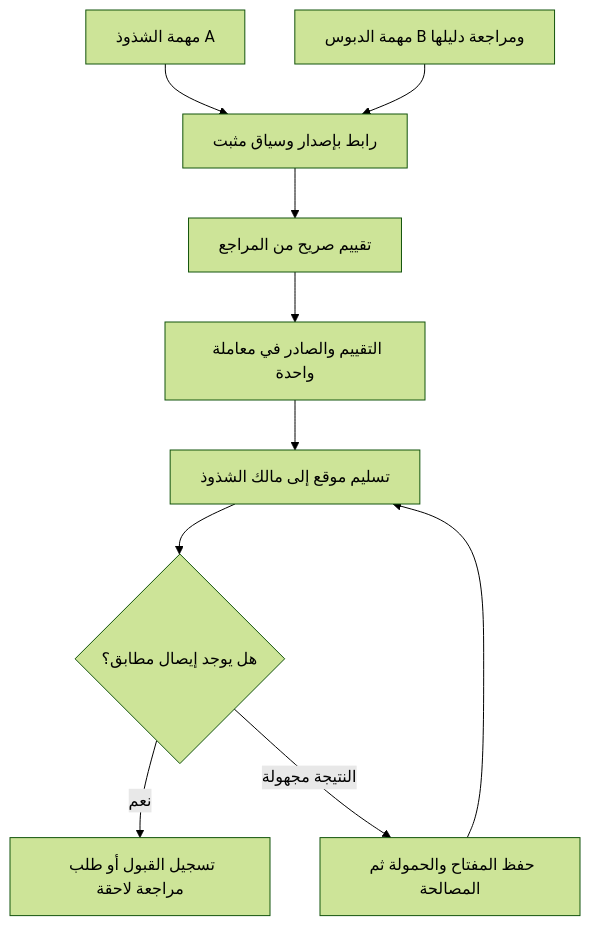
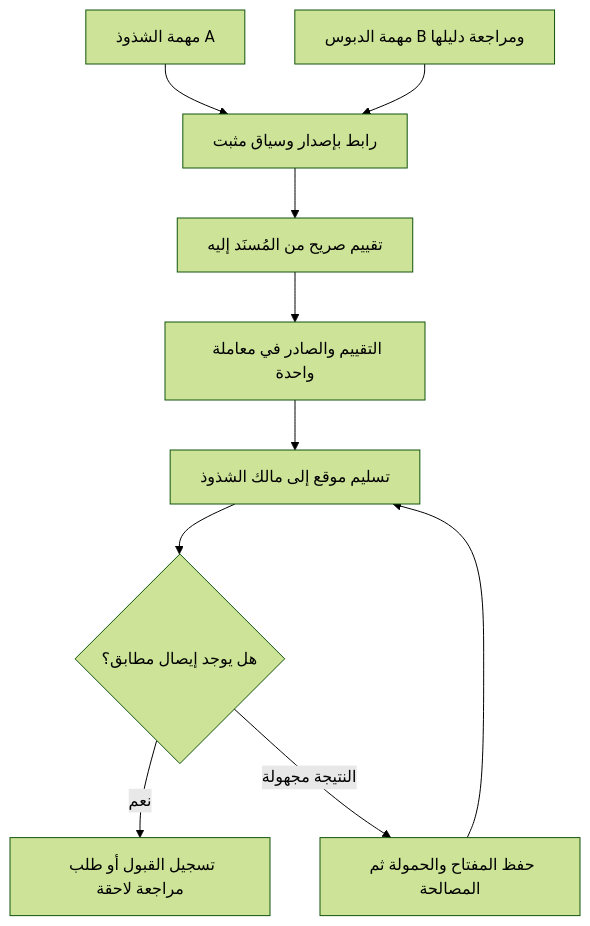
Before and after one commit to kafaat/ai_platform_complete_v2.0.0_enhanced: the diagram in docs/specs/SCOUTING_VERIFICATION_BRIDGE_V1.md, drawn with Mermaid (forest theme). The commit also changed other lines of this file and 32 other files, not shown here.

````diff
--- a/docs/specs/SCOUTING_VERIFICATION_BRIDGE_V1.md
+++ b/docs/specs/SCOUTING_VERIFICATION_BRIDGE_V1.md
@@ -12,12 +12,12 @@
 ```mermaid
 flowchart TD
     A["مهمة الشذوذ A"] --> L["رابط بإصدار وسياق مثبت"]
     B["مهمة الدبوس B ومراجعة دليلها"] --> L
-    L --> Q["تقييم صريح من المراجع"]
+    L --> Q["تقييم صريح من المُسنَد إليه"]
     Q --> O["التقييم والصادر في معاملة واحدة"]
     O --> S["تسليم موقع إلى مالك الشذوذ"]
     S --> R{"هل يوجد إيصال مطابق؟"}
     R -->|"نعم"| V["تسجيل القبول أو طلب مراجعة لاحقة"]
     R -->|"النتيجة مجهولة"| U["حفظ المفتاح والحمولة ثم المصالحة"]
     U --> S
 ```
````
